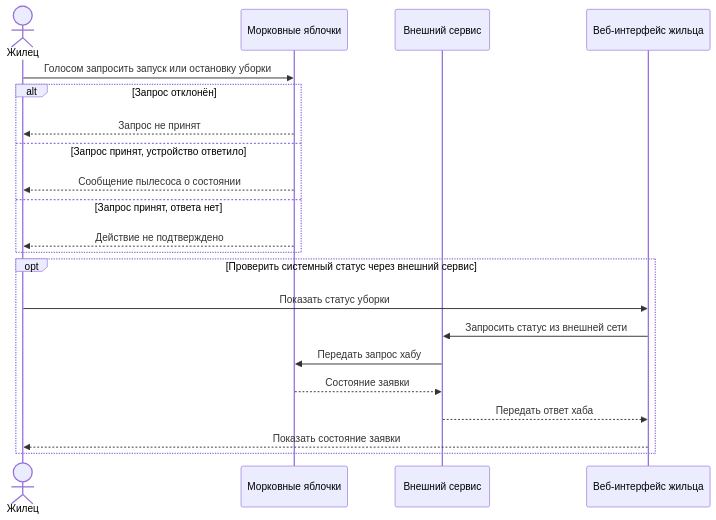
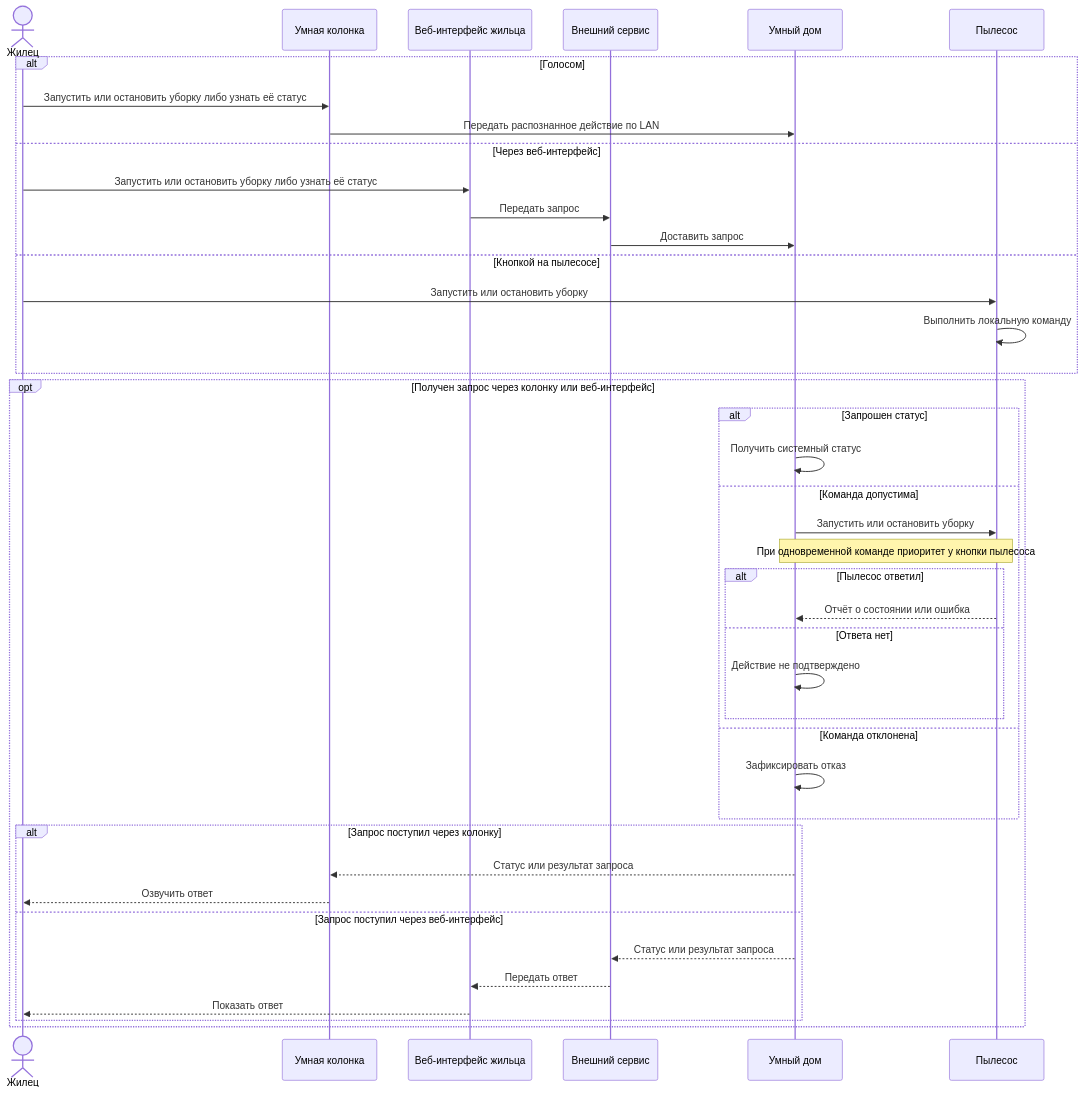
One commit to BPLA-Team/carrot-apples changed the diagram in customer_side/base_scenarios/S03_VOICE_CLEANING.md. Above: the diagram before and after it, drawn with Mermaid. The commit also changed other lines of this file and 5 other files, not shown here.

````diff
--- a/customer_side/base_scenarios/S03_VOICE_CLEANING.md
+++ b/customer_side/base_scenarios/S03_VOICE_CLEANING.md
@@ -3,23 +3,43 @@
 ```mermaid
 sequenceDiagram
     actor R as Жилец
-    participant H as Морковные яблочки
+    participant K as Умная колонка
+    participant W as Веб-интерфейс жильца
     participant S as Внешний сервис
-    participant W as Веб-интерфейс жильца
-    R->>H: Голосом запросить запуск или остановку уборки
-    alt Запрос отклонён
-        H-->>R: Запрос не принят
-    else Запрос принят, устройство ответило
-        H-->>R: Сообщение пылесоса о состоянии
-    else Запрос принят, ответа нет
-        H-->>R: Действие не подтверждено
+    participant H as Умный дом
+    participant V as Пылесос
+    alt Голосом
+        R->>K: Запустить или остановить уборку либо узнать её статус
+        K->>H: Передать распознанное действие по LAN
+    else Через веб-интерфейс
+        R->>W: Запустить или остановить уборку либо узнать её статус
+        W->>S: Передать запрос
+        S->>H: Доставить запрос
+    else Кнопкой на пылесосе
+        R->>V: Запустить или остановить уборку
+        V->>V: Выполнить локальную команду
     end
-    opt Проверить системный статус через внешний сервис
-        R->>W: Показать статус уборки
-        W->>S: Запросить статус из внешней сети
-        S->>H: Передать запрос хабу
-        H-->>S: Состояние заявки
-        S-->>W: Передать ответ хаба
-        W-->>R: Показать состояние заявки
+    opt Получен запрос через колонку или веб-интерфейс
+        alt Запрошен статус
+            H->>H: Получить системный статус
+        else Команда допустима
+            H->>V: Запустить или остановить уборку
+            Note over H,V: При одновременной команде приоритет у кнопки пылесоса
+            alt Пылесос ответил
+                V-->>H: Отчёт о состоянии или ошибка
+            else Ответа нет
+                H->>H: Действие не подтверждено
+            end
+        else Команда отклонена
+            H->>H: Зафиксировать отказ
+        end
+        alt Запрос поступил через колонку
+            H-->>K: Статус или результат запроса
+            K-->>R: Озвучить ответ
+        else Запрос поступил через веб-интерфейс
+            H-->>S: Статус или результат запроса
+            S-->>W: Передать ответ
+            W-->>R: Показать ответ
+        end
     end
 ```
````
